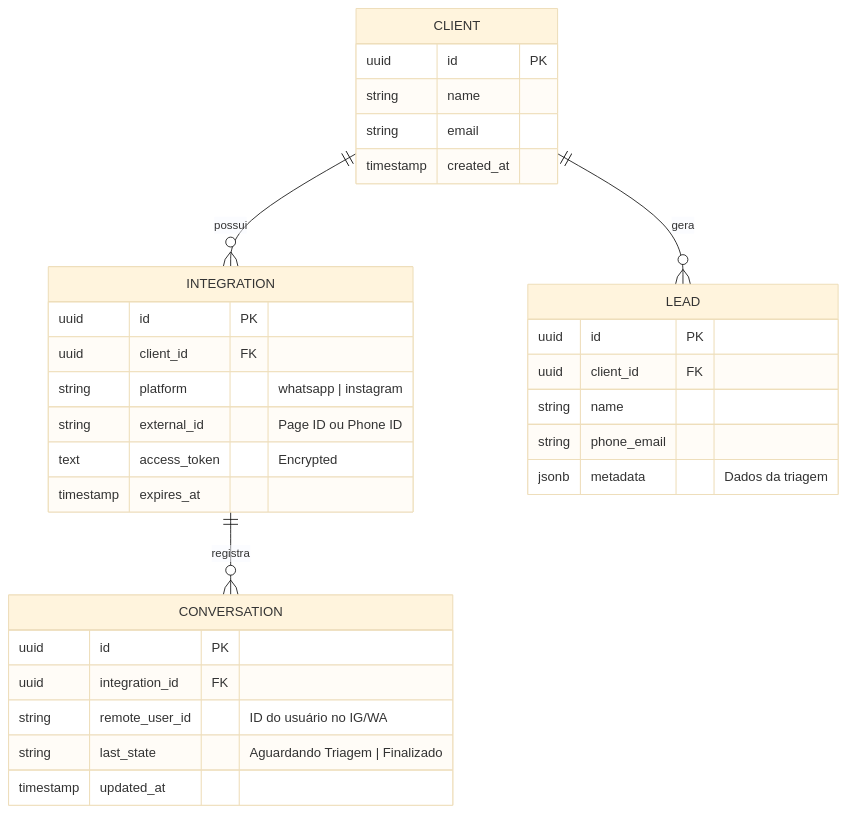
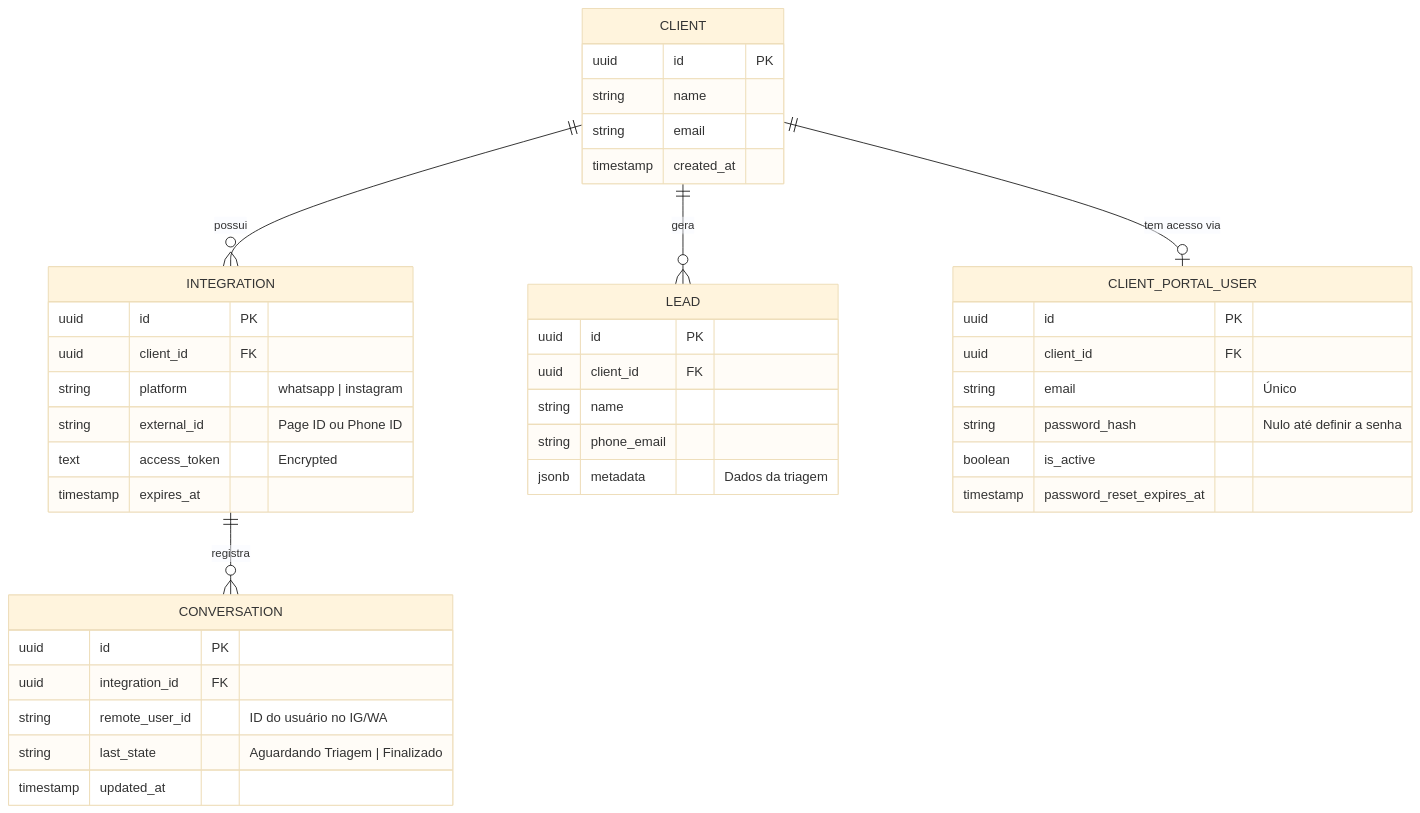
Before and after one commit to fstufop/trafego-flow: the third of 3 diagrams in README.md, drawn with Mermaid (base theme). The commit also changed other lines of this file, not shown here.

Commit message:
docs: document the client portal identity and invite/reset flow

````diff
--- a/README.md
+++ b/README.md
@@ -72,38 +72,48 @@
 ```mermaid
 erDiagram
     CLIENT ||--o{ INTEGRATION : "possui"
     CLIENT ||--o{ LEAD : "gera"
+    CLIENT ||--o| CLIENT_PORTAL_USER : "tem acesso via"
     INTEGRATION ||--o{ CONVERSATION : "registra"
     
     CLIENT {
         uuid id PK
         string name
         string email
         timestamp created_at
     }
 
     INTEGRATION {
         uuid id PK
         uuid client_id FK
         string platform "whatsapp | instagram"
         string external_id "Page ID ou Phone ID"
         text access_token "Encrypted"
         timestamp expires_at
     }
 
     CONVERSATION {
         uuid id PK
         uuid integration_id FK
         string remote_user_id "ID do usuário no IG/WA"
         string last_state "Aguardando Triagem | Finalizado"
         timestamp updated_at
     }
 
     LEAD {
         uuid id PK
         uuid client_id FK
         string name
         string phone_email
         jsonb metadata "Dados da triagem"
     }
+
+    CLIENT_PORTAL_USER {
+        uuid id PK
+        uuid client_id FK
+        string email "Único"
+        string password_hash "Nulo até definir a senha"
+        boolean is_active
+        timestamp password_reset_expires_at
+    }
 ```
````
